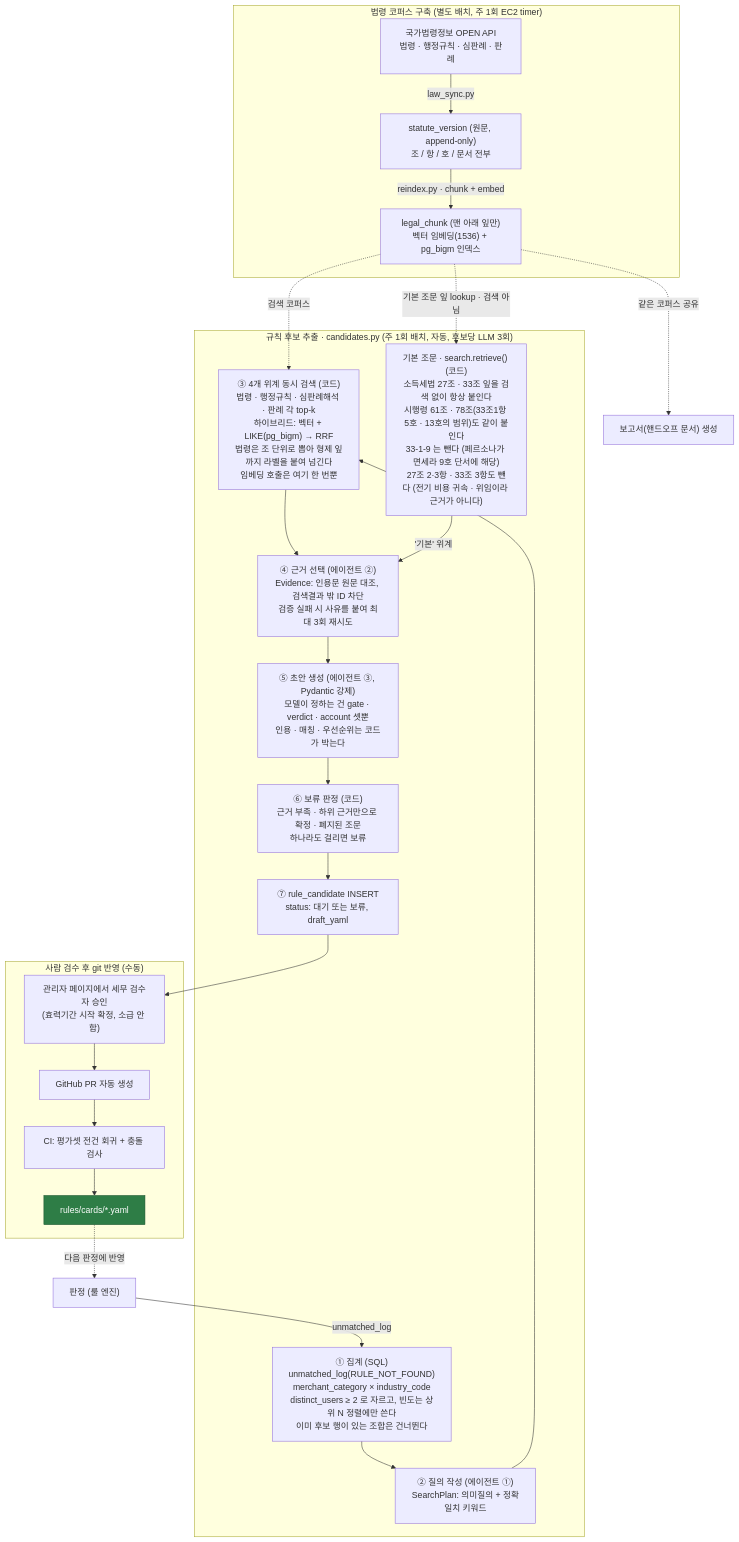
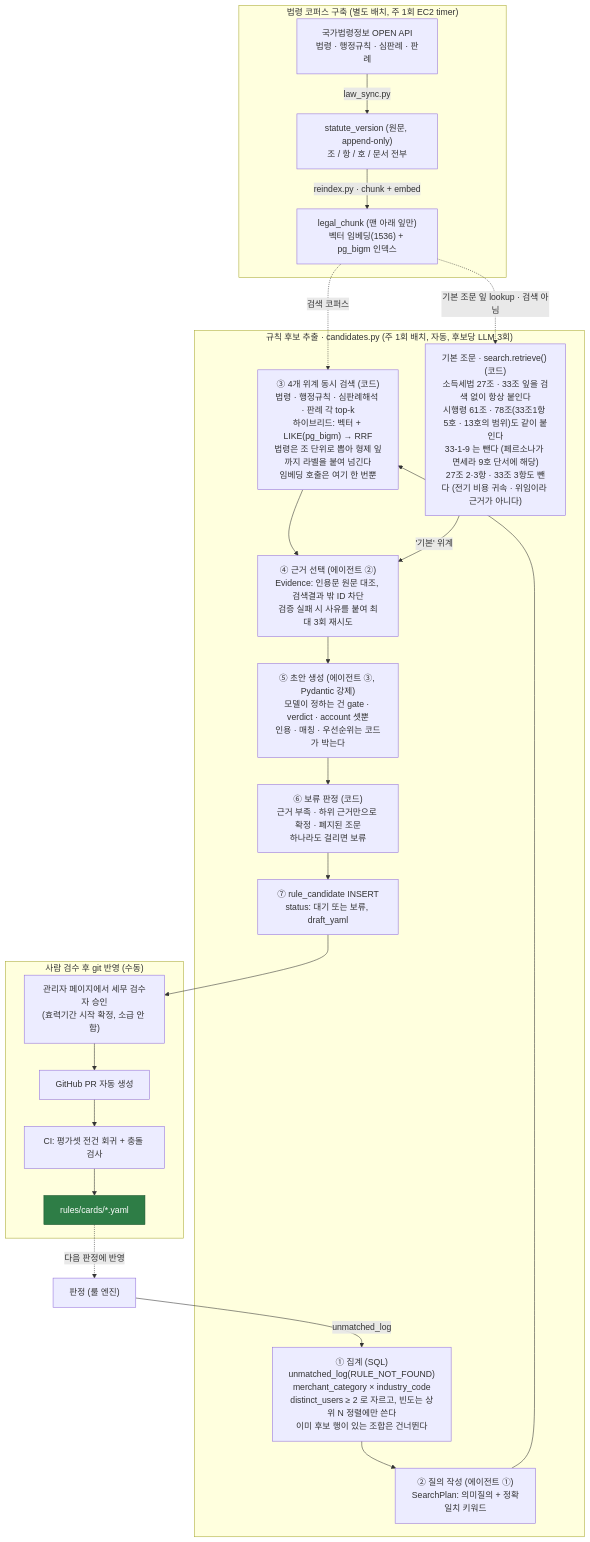
One commit to RainDrop3/ktc4-pusan-4 changed the third of 3 diagrams in docs/architecture.md. Above: the diagram before and after it, drawn with Mermaid. The commit also changed other lines of this file and 3 other files, not shown here.

````diff
--- a/docs/architecture.md
+++ b/docs/architecture.md
@@ -117,43 +117,41 @@
 ```mermaid
 flowchart TD
     subgraph CORPUS["법령 코퍼스 구축 (별도 배치, 주 1회 EC2 timer)"]
         LAW["국가법령정보 OPEN API<br/>법령 · 행정규칙 · 심판례 · 판례"]
         SV["statute_version (원문, append-only)<br/>조 / 항 / 호 / 문서 전부"]
         LC["legal_chunk (맨 아래 잎만)<br/>벡터 임베딩(1536) + pg_bigm 인덱스"]
         LAW -->|"law_sync.py"| SV -->|"reindex.py · chunk + embed"| LC
     end
 
     subgraph EXTRACT["규칙 후보 추출 · candidates.py (주 1회 배치, 자동, 후보당 LLM 3회)"]
         AGG["① 집계 (SQL)<br/>unmatched_log(RULE_NOT_FOUND)<br/>merchant_category × industry_code<br/>distinct_users ≥ 2 로 자르고, 빈도는 상위 N 정렬에만 쓴다<br/>이미 후보 행이 있는 조합은 건너뛴다"]
         PLAN["② 질의 작성 (에이전트 ①)<br/>SearchPlan: 의미질의 + 정확일치 키워드"]
         SEARCH["③ 4개 위계 동시 검색 (코드)<br/>법령 · 행정규칙 · 심판례해석 · 판례 각 top-k<br/>하이브리드: 벡터 + LIKE(pg_bigm) → RRF<br/>법령은 조 단위로 뽑아 형제 잎까지 라벨을 붙여 넘긴다<br/>임베딩 호출은 여기 한 번뿐"]
         FRAME["기본 조문 · search.retrieve() (코드)<br/>소득세법 27조 · 33조 잎을 검색 없이 항상 붙인다<br/>시행령 61조 · 78조(33조1항 5호 · 13호의 범위)도 같이 붙인다<br/>33-1-9 는 뺀다 (페르소나가 면세라 9호 단서에 해당)<br/>27조 2·3항 · 33조 3항도 뺀다 (전기 비용 귀속 · 위임이라 근거가 아니다)"]
         PICK["④ 근거 선택 (에이전트 ②)<br/>Evidence: 인용문 원문 대조, 검색결과 밖 ID 차단<br/>검증 실패 시 사유를 붙여 최대 3회 재시도"]
         DRAFT["⑤ 초안 생성 (에이전트 ③, Pydantic 강제)<br/>모델이 정하는 건 gate · verdict · account 셋뿐<br/>인용 · 매칭 · 우선순위는 코드가 박는다"]
         HOLD["⑥ 보류 판정 (코드)<br/>근거 부족 · 하위 근거만으로 확정 · 폐지된 조문<br/>하나라도 걸리면 보류"]
         CAND["⑦ rule_candidate INSERT<br/>status: 대기 또는 보류, draft_yaml"]
         AGG --> PLAN --> SEARCH --> PICK --> DRAFT --> HOLD --> CAND
         FRAME -->|"'기본' 위계"| PICK
     end
 
     subgraph HUMAN["사람 검수 후 git 반영 (수동)"]
         ADMIN["관리자 페이지에서 세무 검수자 승인<br/>(효력기간 시작 확정, 소급 안 함)"]
         PR["GitHub PR 자동 생성"]
         CI["CI: 평가셋 전건 회귀 + 충돌 검사"]
         CARDS["rules/cards/*.yaml"]
         ADMIN --> PR --> CI --> CARDS
     end
 
     JUDGE["판정 (룰 엔진)"]
-    REPORT["보고서(핸드오프 문서) 생성"]
 
     JUDGE -->|"unmatched_log"| AGG
     LC -.->|"검색 코퍼스"| SEARCH
     LC -.->|"기본 조문 잎 lookup · 검색 아님"| FRAME
-    LC -.->|"같은 코퍼스 공유"| REPORT
     CAND --> ADMIN
     CARDS -.->|"다음 판정에 반영"| JUDGE
 
     classDef done fill:#2e7d46,color:#ffffff,stroke:#1f5731;
     class CARDS done;
 ```
````
